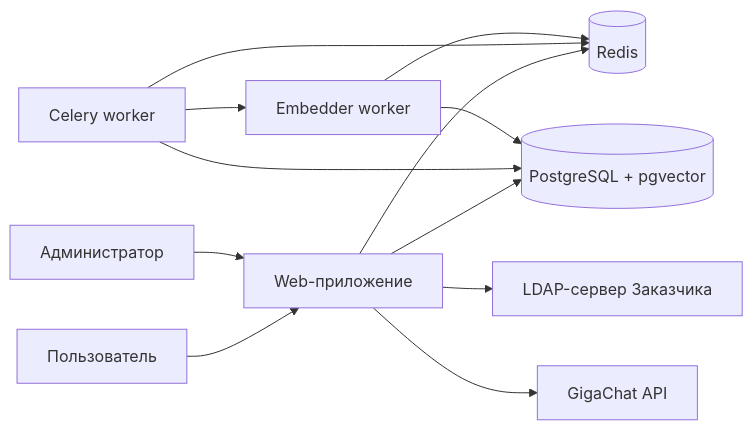
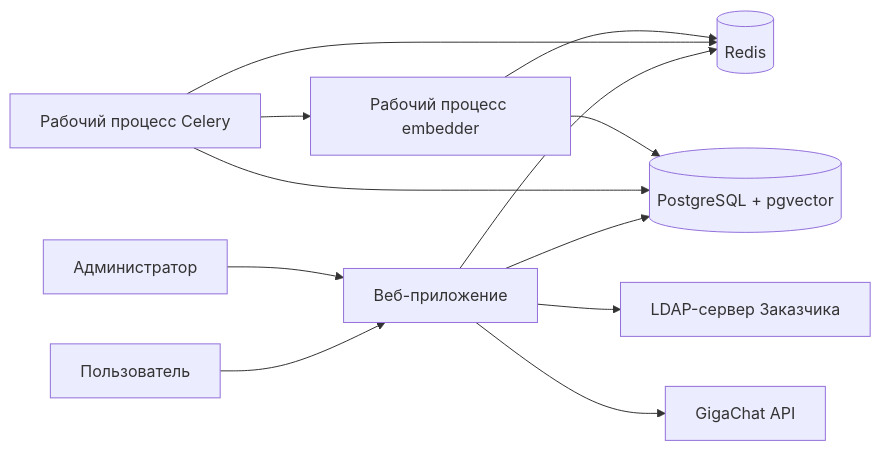
Before and after one commit to xen/vchat: the first of 3 diagrams in docs/manual.md, drawn with Mermaid. The commit also changed other lines of this file and 28 other files, not shown here.

````diff
--- a/docs/manual.md
+++ b/docs/manual.md
@@ -33,14 +33,14 @@
 ```mermaid
 flowchart LR
-    U[Пользователь] --> W[Web-приложение]
+    U[Пользователь] --> W[Веб-приложение]
     A[Администратор] --> W
     W --> P[(PostgreSQL + pgvector)]
     W --> R[(Redis)]
     W --> L[LDAP-сервер Заказчика]
     W --> G[GigaChat API]
-    C[Celery worker] --> R
+    C[Рабочий процесс Celery] --> R
     C --> P
-    E[Embedder worker] --> R
+    E[Рабочий процесс embedder] --> R
     E --> P
     C --> E
 ```
````
